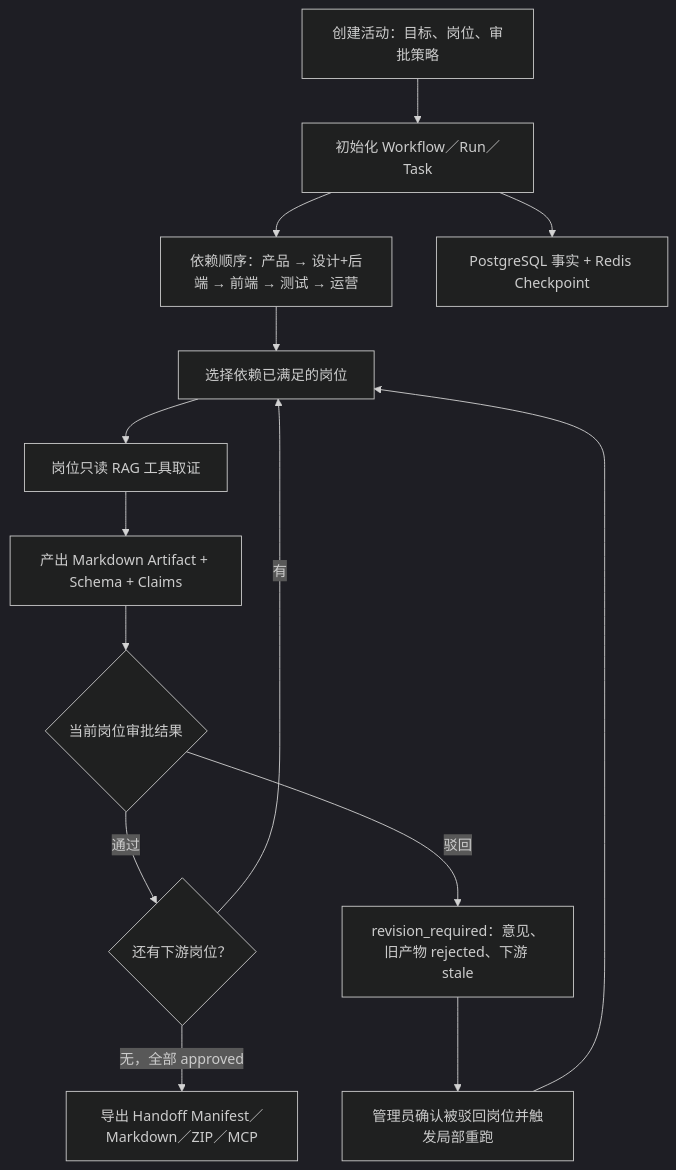
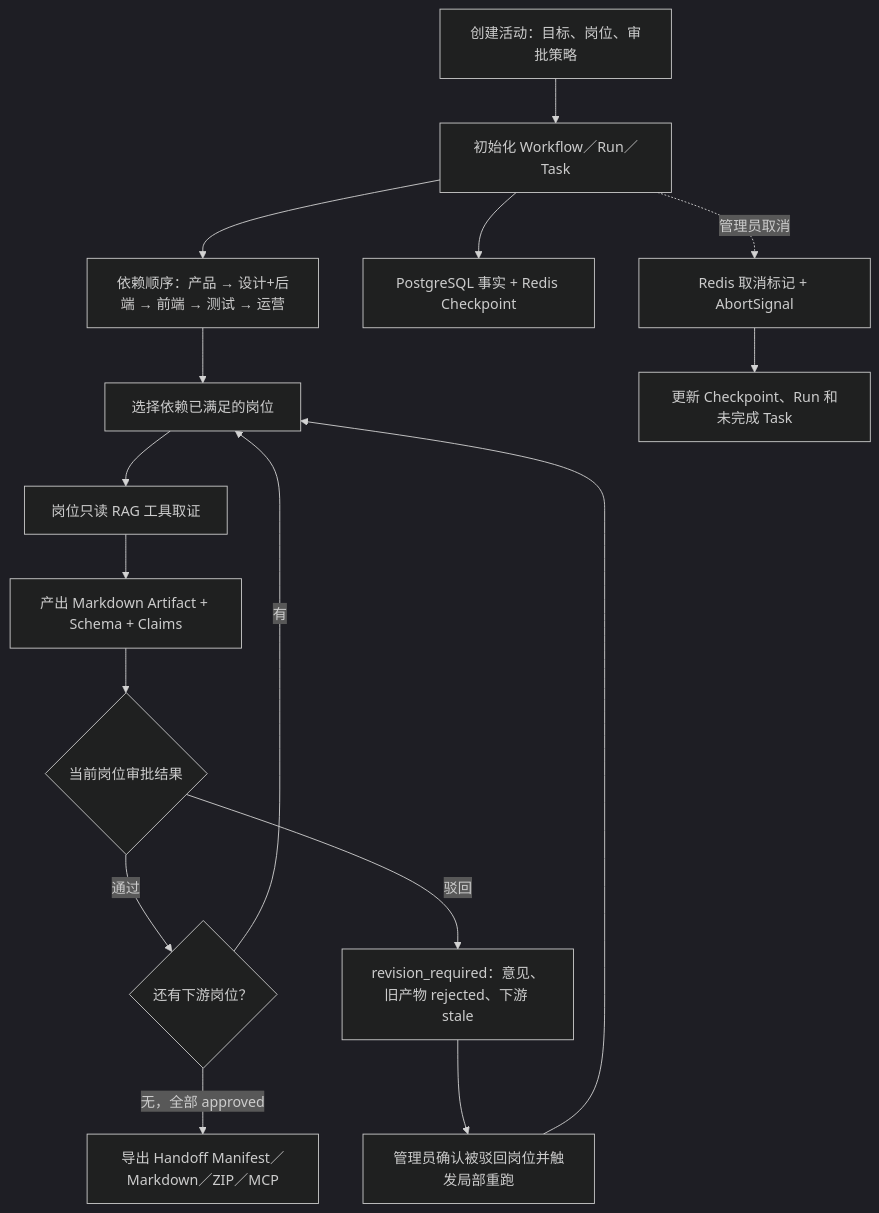
Before and after one commit to monstereatai/RAG: the eighth of 15 diagrams in docs/interview/功能步骤流程.md, drawn with Mermaid (dark theme). The commit also changed other lines of this file and 131 other files, not shown here.

````diff
--- a/docs/interview/功能步骤流程.md
+++ b/docs/interview/功能步骤流程.md
@@ -325,16 +334,18 @@
 ```mermaid
 flowchart TB
   A[创建活动：目标、岗位、审批策略] --> B[初始化 Workflow／Run／Task]
   B --> C[依赖顺序：产品 → 设计+后端 → 前端 → 测试 → 运营]
   C --> D[选择依赖已满足的岗位]
   D --> E[岗位只读 RAG 工具取证]
   E --> F[产出 Markdown Artifact + Schema + Claims]
   F --> G{当前岗位审批结果}
   G -->|通过| H{还有下游岗位？}
   H -->|有| D
   H -->|无，全部 approved| I[导出 Handoff Manifest／Markdown／ZIP／MCP]
   G -->|驳回| J[revision_required：意见、旧产物 rejected、下游 stale]
   J --> K[管理员确认被驳回岗位并触发局部重跑]
   K --> D
   B --> L[PostgreSQL 事实 + Redis Checkpoint]
+  B -. 管理员取消 .-> M[Redis 取消标记 + AbortSignal]
+  M --> N[更新 Checkpoint、Run 和未完成 Task]
 ```
````
